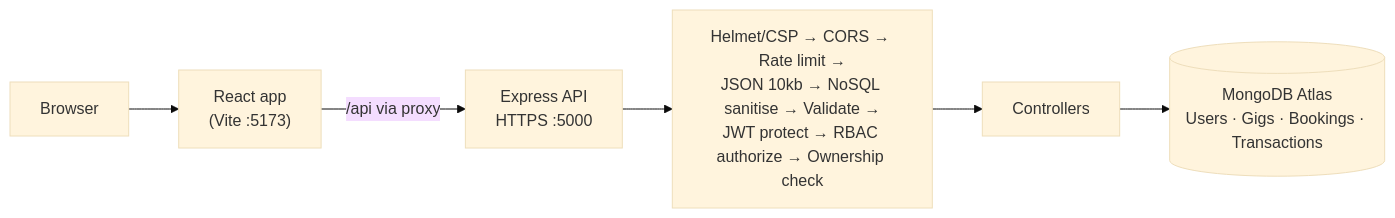
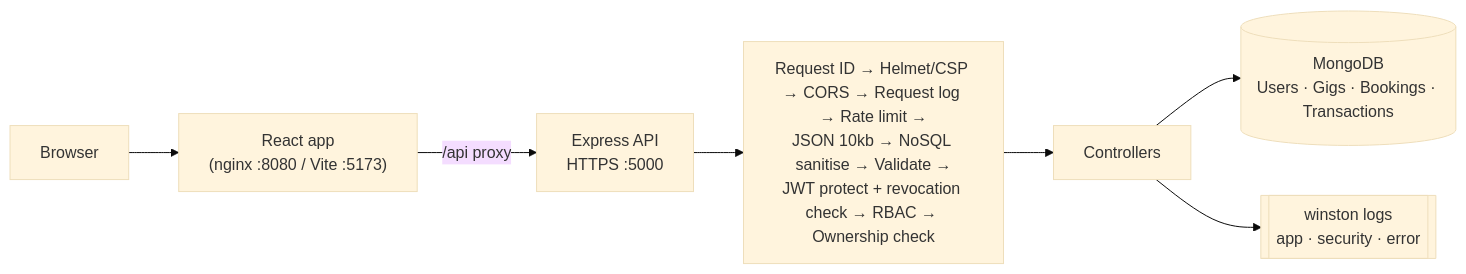
The first of 3 diagrams in README.md (AndaSizaniZazu/hustlehub-plus), drawn with Mermaid (base theme) before and after one commit. The commit also changed other lines of this file and 58 other files, not shown here.

````diff
--- a/README.md
+++ b/README.md
@@ -43,8 +70,9 @@
 ```mermaid
 flowchart LR
-    U["Browser"] --> FE["React app<br/>(Vite :5173)"]
-    FE -->|"/api via proxy"| API["Express API<br/>HTTPS :5000"]
-    API --> MW["Helmet/CSP → CORS → Rate limit →<br/>JSON 10kb → NoSQL sanitise → Validate →<br/>JWT protect → RBAC authorize → Ownership check"]
+    U["Browser"] --> FE["React app<br/>(nginx :8080 / Vite :5173)"]
+    FE -->|"/api proxy"| API["Express API<br/>HTTPS :5000"]
+    API --> MW["Request ID → Helmet/CSP → CORS → Request log → Rate limit →<br/>JSON 10kb → NoSQL sanitise → Validate →<br/>JWT protect + revocation check → RBAC → Ownership check"]
     MW --> C["Controllers"]
-    C --> DB[("MongoDB Atlas<br/>Users · Gigs · Bookings · Transactions")]
+    C --> DB[("MongoDB<br/>Users · Gigs · Bookings · Transactions")]
+    C --> L[["winston logs<br/>app · security · error"]]
 ```
````
